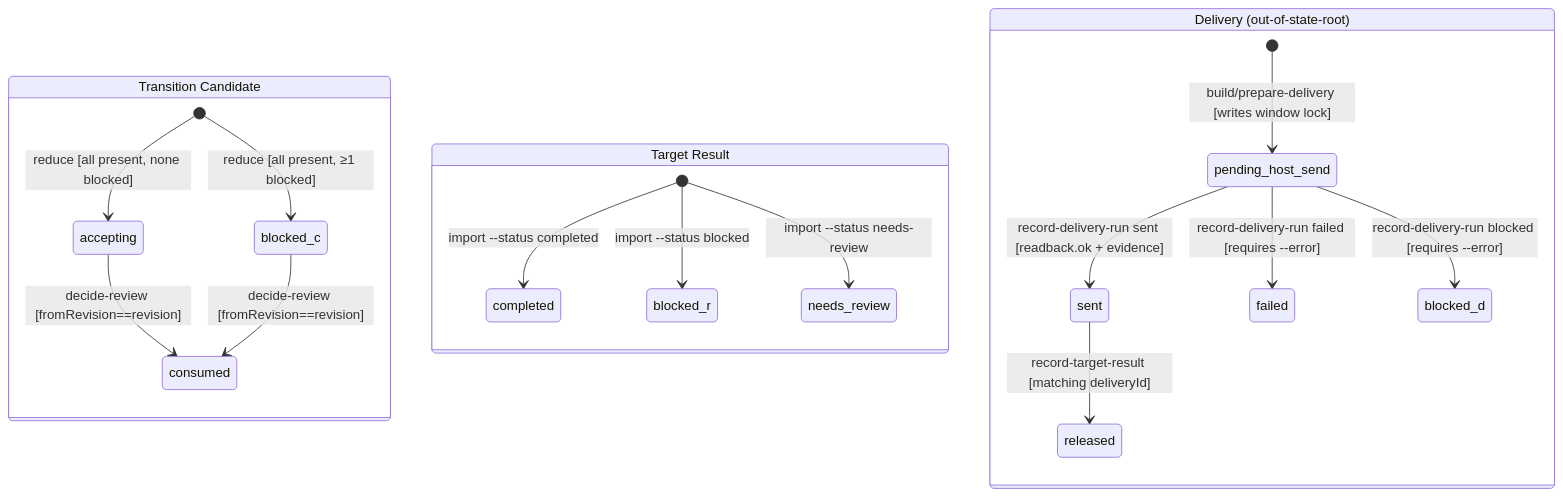
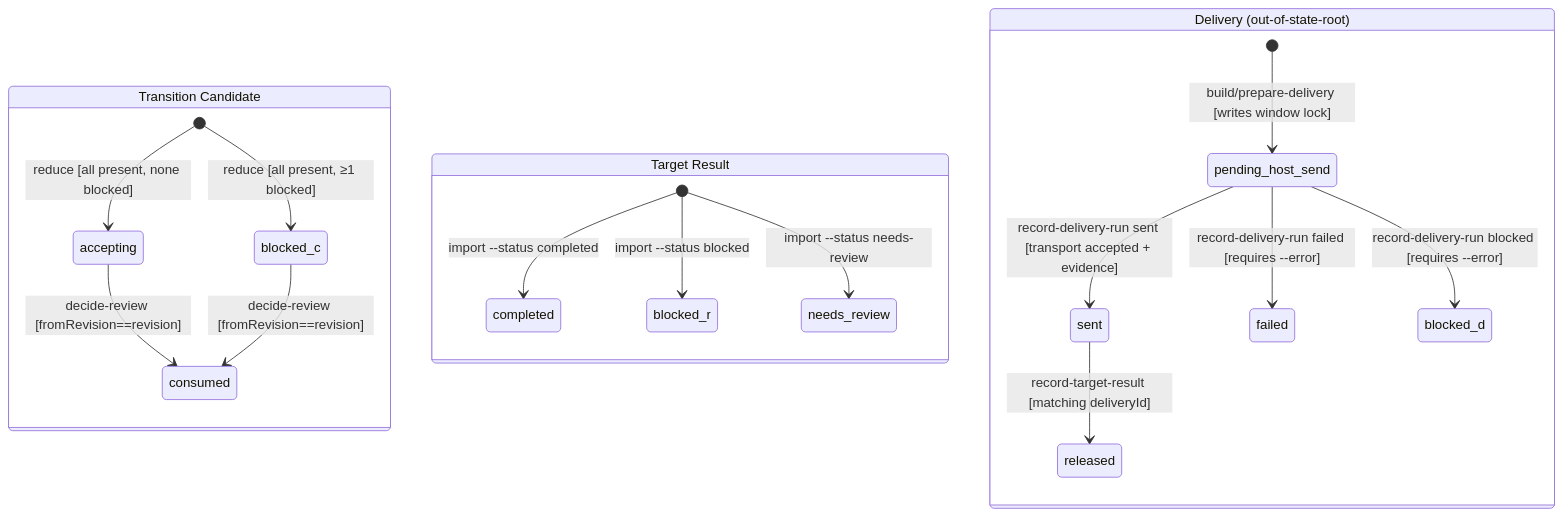
The eighth of 11 diagrams in docs/wakeflow-dual-edition-architecture-and-state-flow.zh-CN.md (GxFn/Wakeflow), drawn with Mermaid before and after one commit. The commit also changed other lines of this file and 110 other files, not shown here.

````diff
--- a/docs/wakeflow-dual-edition-architecture-and-state-flow.zh-CN.md
+++ b/docs/wakeflow-dual-edition-architecture-and-state-flow.zh-CN.md
@@ -448,21 +449,21 @@
 ```mermaid
 stateDiagram-v2
   state "Transition Candidate" as TC {
     [*] --> accepting : reduce [all present, none blocked]
     [*] --> blocked_c : reduce [all present, ≥1 blocked]
     accepting --> consumed : decide-review [fromRevision==revision]
     blocked_c --> consumed : decide-review [fromRevision==revision]
   }
   state "Target Result" as TR {
     [*] --> completed : import --status completed
     [*] --> blocked_r : import --status blocked
     [*] --> needs_review : import --status needs-review
   }
   state "Delivery (out-of-state-root)" as DV {
     [*] --> pending_host_send : build/prepare-delivery [writes window lock]
-    pending_host_send --> sent : record-delivery-run sent [readback.ok + evidence]
+    pending_host_send --> sent : record-delivery-run sent [transport accepted + evidence]
     pending_host_send --> failed : record-delivery-run failed [requires --error]
     pending_host_send --> blocked_d : record-delivery-run blocked [requires --error]
     sent --> released : record-target-result [matching deliveryId]
   }
 ```
````
